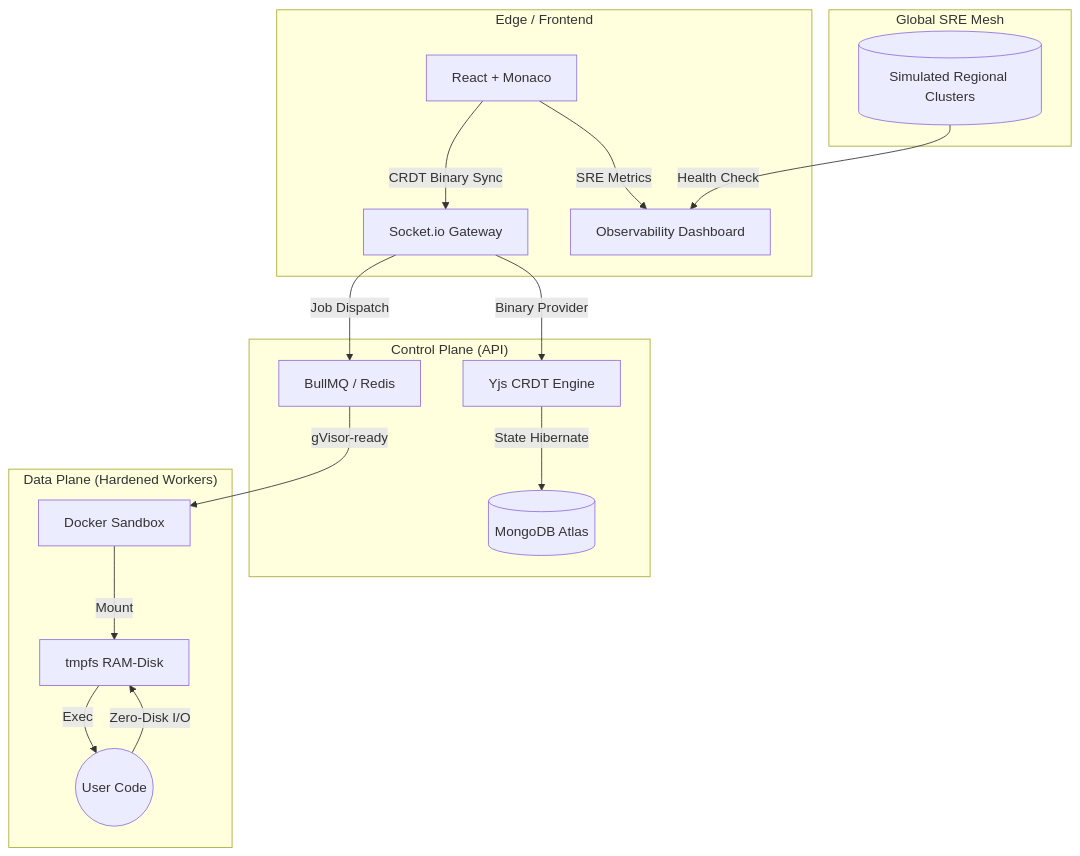
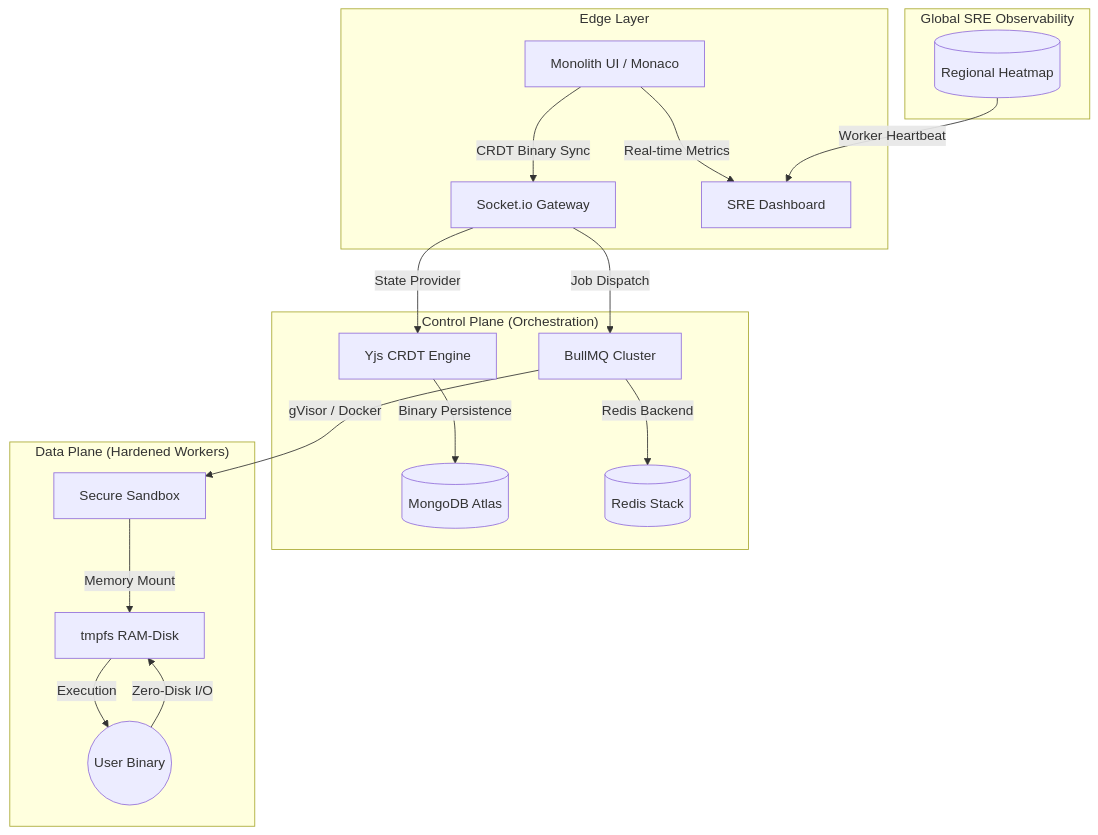
One commit to syedmukheeth/SAM-Compiler changed the diagram in README.md. Above: the diagram before and after it, drawn with Mermaid. The commit also changed other lines of this file and 42 other files, not shown here.

````diff
--- a/README.md
+++ b/README.md
@@ -22,25 +27,26 @@
 ```mermaid
 graph TD
-    subgraph "Edge / Frontend"
-        Client[React + Monaco] -->|CRDT Binary Sync| Socket[Socket.io Gateway]
-        Client -->|SRE Metrics| Telemetry[Observability Dashboard]
+    subgraph "Edge Layer"
+        Client[Monolith UI / Monaco] -->|CRDT Binary Sync| Socket[Socket.io Gateway]
+        Client -->|Real-time Metrics| Telemetry[SRE Dashboard]
     end
 
-    subgraph "Control Plane (API)"
-        Socket -->|Binary Provider| Yjs[Yjs CRDT Engine]
-        Yjs -->|State Hibernate| DB[(MongoDB Atlas)]
-        Socket -->|Job Dispatch| Queue[BullMQ / Redis]
+    subgraph "Control Plane (Orchestration)"
+        Socket -->|State Provider| Yjs[Yjs CRDT Engine]
+        Yjs -->|Binary Persistence| DB[(MongoDB Atlas)]
+        Socket -->|Job Dispatch| Queue[BullMQ Cluster]
+        Queue -->|Redis Backend| Redis[(Redis Stack)]
     end
 
     subgraph "Data Plane (Hardened Workers)"
-        Queue -->|gVisor-ready| Docker[Docker Sandbox]
-        Docker -->|Mount| RAM[tmpfs RAM-Disk]
-        RAM -->|Exec| Code((User Code))
+        Queue -->|gVisor / Docker| Docker[Secure Sandbox]
+        Docker -->|Memory Mount| RAM[tmpfs RAM-Disk]
+        RAM -->|Execution| Code((User Binary))
         Code -->|Zero-Disk I/O| RAM
     end
 
-    subgraph "Global SRE Mesh"
-        Tele[(Simulated Regional Clusters)]
-        Tele -->|Health Check| Telemetry
+    subgraph "Global SRE Observability"
+        Tele[(Regional Heatmap)]
+        Tele -->|Worker Heartbeat| Telemetry
     end
 ```
````
